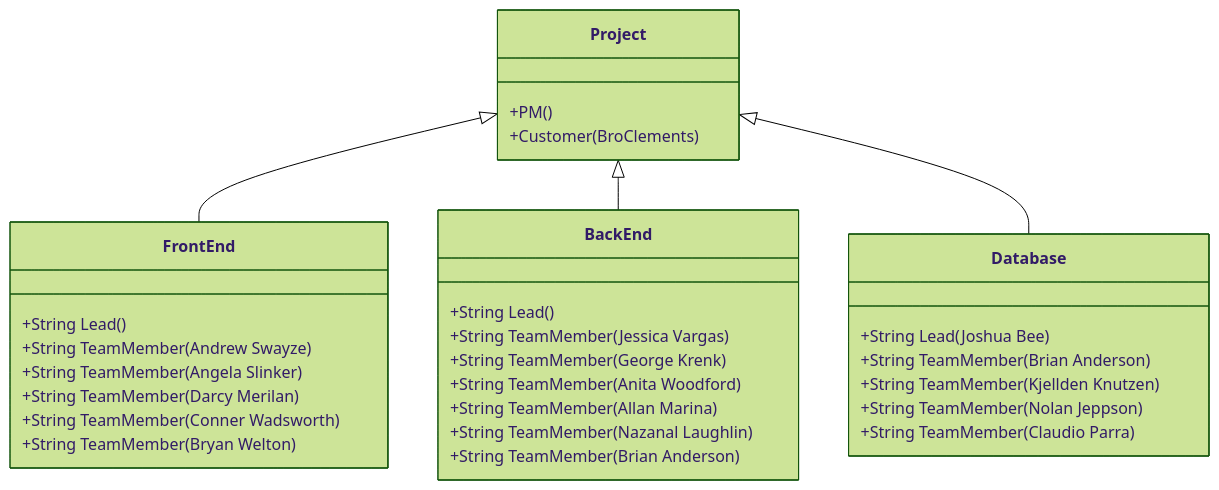
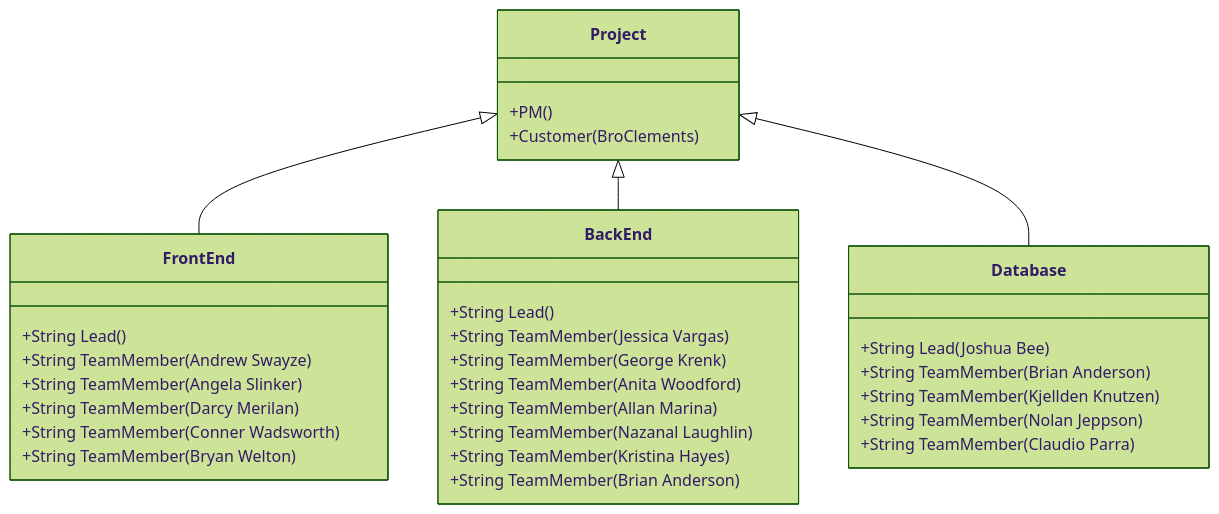
One commit to byui-cse397/2024WinCSE490PCP changed the second of 2 diagrams in ProjectManagement/OrganizationChart/OrganizationChart.md. Above: the diagram before and after it, drawn with Mermaid (forest theme).

Commit message:
Update OrganizationChart.md
update OC

````diff
--- a/ProjectManagement/OrganizationChart/OrganizationChart.md
+++ b/ProjectManagement/OrganizationChart/OrganizationChart.md
@@ -33,32 +33,33 @@
 ```mermaid
 classDiagram
       Project <|-- FrontEnd
       Project <|-- BackEnd
       Project <|-- Database
       Project : +PM()
       Project : +Customer(BroClements)
       class FrontEnd{
           +String Lead()
           +String TeamMember(Andrew Swayze)
           +String TeamMember(Angela Slinker)
           +String TeamMember(Darcy Merilan)
           +String TeamMember(Conner Wadsworth)
           +String TeamMember(Bryan Welton)
       }
       class BackEnd{
           +String Lead()
           +String TeamMember(Jessica Vargas)
           +String TeamMember(George Krenk)
           +String TeamMember(Anita Woodford)
           +String TeamMember(Allan Marina)
           +String TeamMember(Nazanal Laughlin)
+          +String TeamMember(Kristina Hayes)
           +String TeamMember(Brian Anderson)
       }
       class Database{
           +String Lead(Joshua Bee)
           +String TeamMember(Brian Anderson)
           +String TeamMember(Kjellden Knutzen)
           +String TeamMember(Nolan Jeppson)
           +String TeamMember(Claudio Parra)
       }
 ```
````
